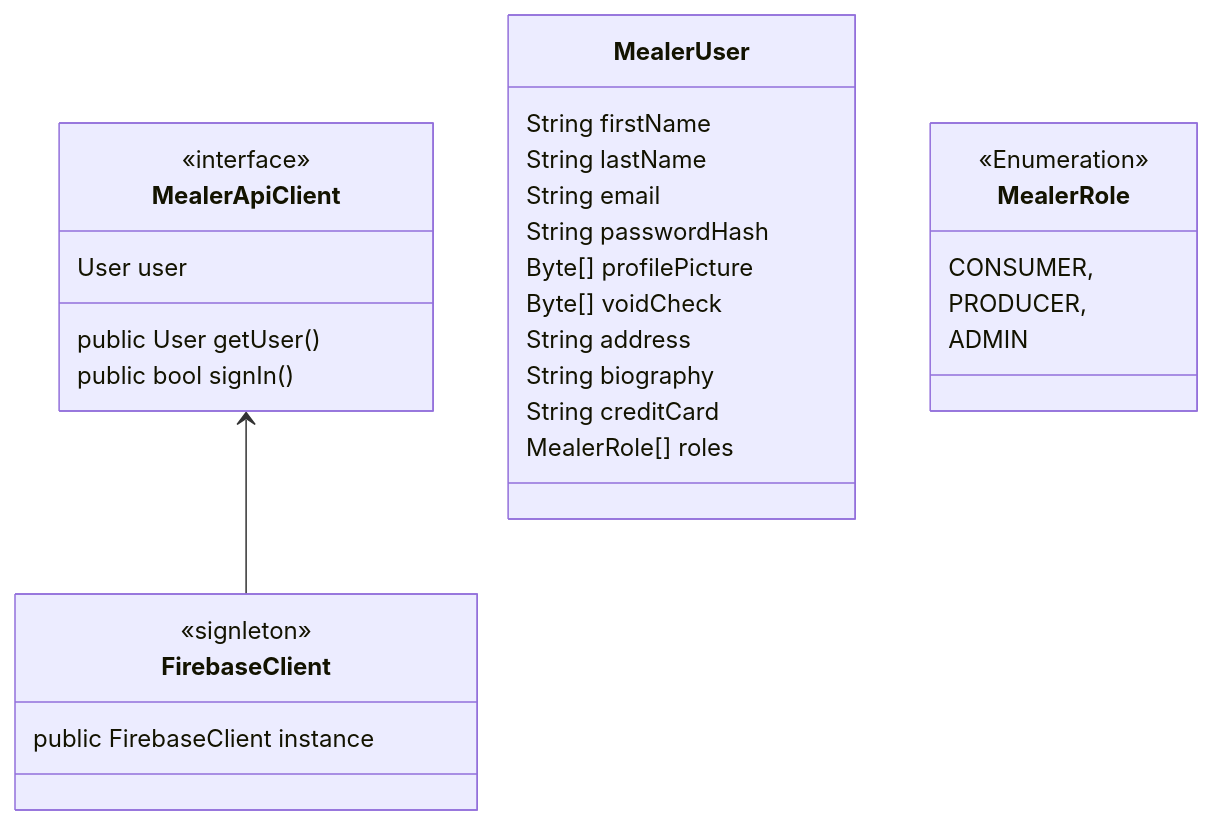
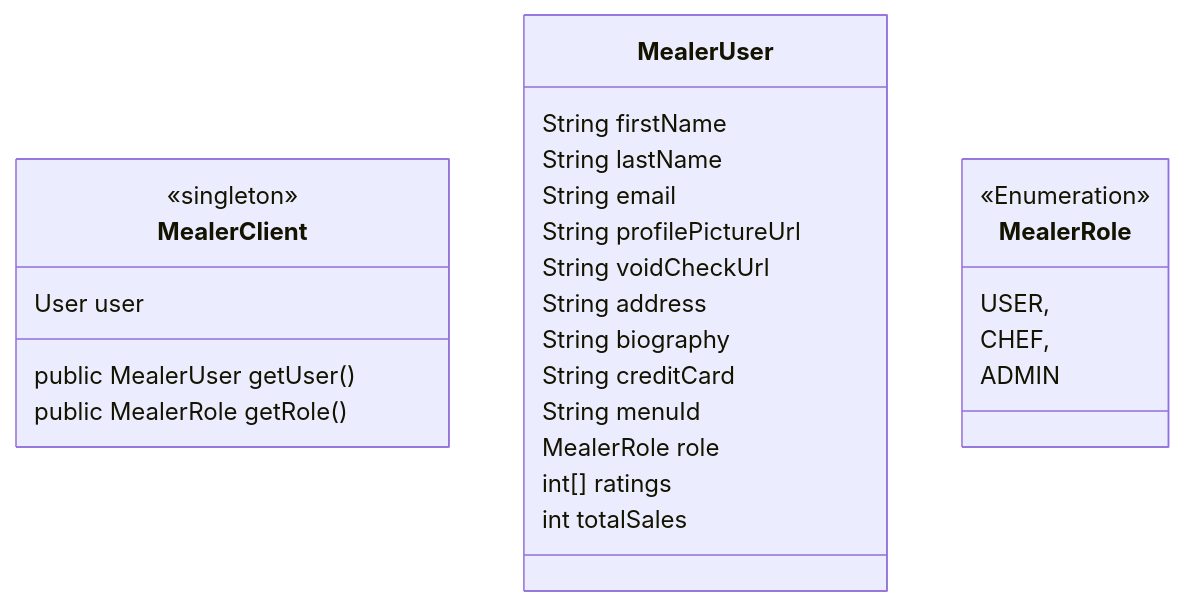
The second of 3 diagrams in README.md (Hamza-Bouzoubaa/Mealer-AndroidStudioApp), drawn with Mermaid before and after one commit. The commit also changed other lines of this file and 1 other file, not shown here.

Commit message:
Add Getting Started

````diff
--- a/README.md
+++ b/README.md
@@ -37,38 +49,33 @@
 ```mermaid
 classDiagram
-    class MealerApiClient {
-        <<interface>>
+    class MealerClient {
+        <<singleton>>
         User user
 
-        public User getUser()
-        public bool signIn()
+        public MealerUser getUser()
+        public MealerRole getRole()
     }
-
-    class FirebaseClient {
-        <<signleton>>
-        public FirebaseClient instance
-    }
-
-    MealerApiClient <-- FirebaseClient
 
     class MealerUser {
         String firstName
         String lastName
         String email
-        String passwordHash
-        Byte[] profilePicture
-        Byte[] voidCheck
+        String profilePictureUrl
+        String voidCheckUrl
         String address
         String biography
         String creditCard
-        MealerRole[] roles
+        String menuId
+        MealerRole role
+        int[] ratings
+        int totalSales
     }
 
     class MealerRole {
         <<Enumeration>>
-        CONSUMER,
-        PRODUCER,
+        USER,
+        CHEF,
         ADMIN
     }
 
 ```
````
